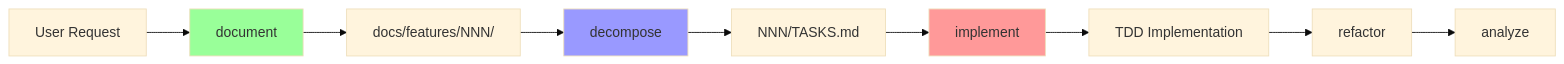
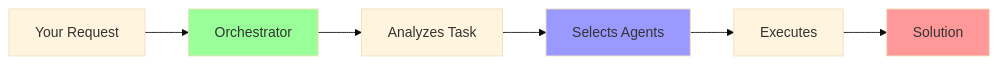
The diagram in CLAUDE.md (movingChurch/global-claude-settings), drawn with Mermaid (base theme) before and after one commit. The commit also changed other lines of this file and 7 other files, not shown here.

````diff
--- a/CLAUDE.md
+++ b/CLAUDE.md
@@ -19,15 +40,12 @@
 ```mermaid
 graph LR
-    A[User Request] --> B[document]
-    B --> C[docs/features/NNN/]
-    C --> D[decompose]
-    D --> E[NNN/TASKS.md]
-    E --> F[implement]
-    F --> G[TDD Implementation]
-    G --> H[refactor]
-    H --> I[analyze]
+    A[Your Request] --> B[Orchestrator]
+    B --> C[Analyzes Task]
+    C --> D[Selects Agents]
+    D --> E[Executes]
+    E --> F[Solution]
 
     style B fill:#9f9
     style D fill:#99f
     style F fill:#f99
 ```
````
